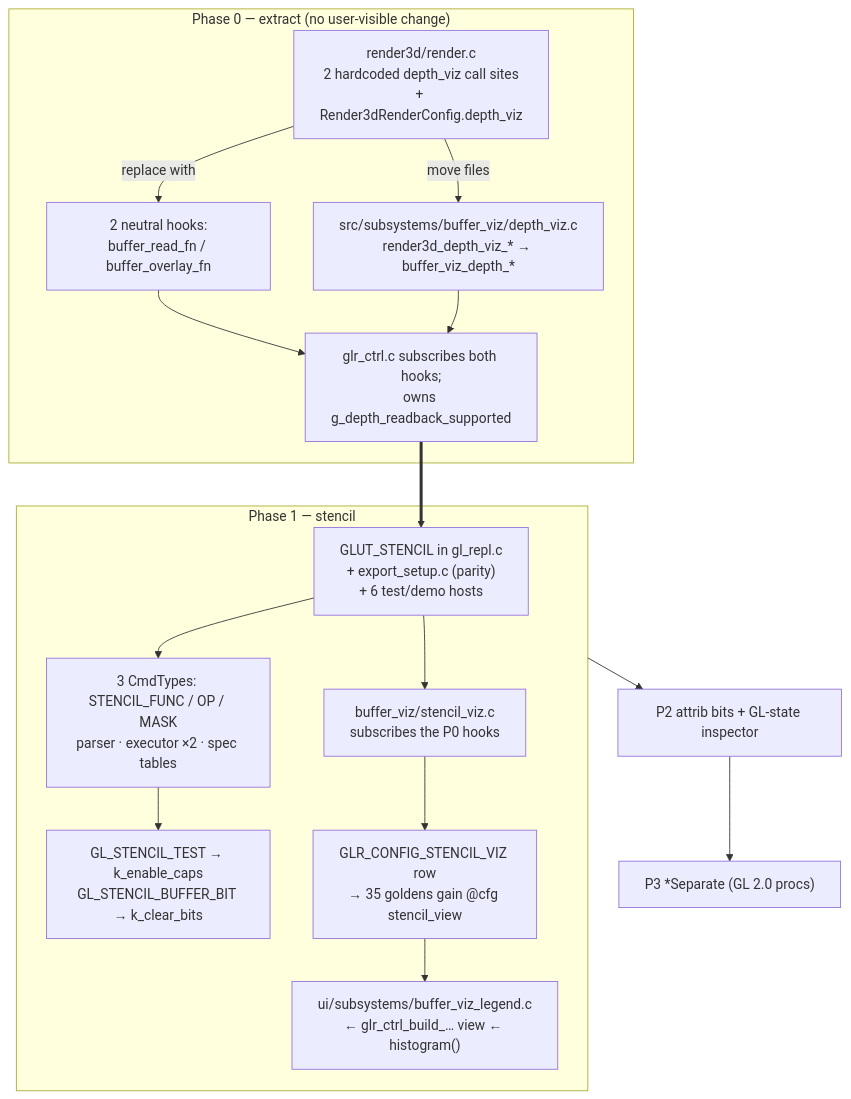
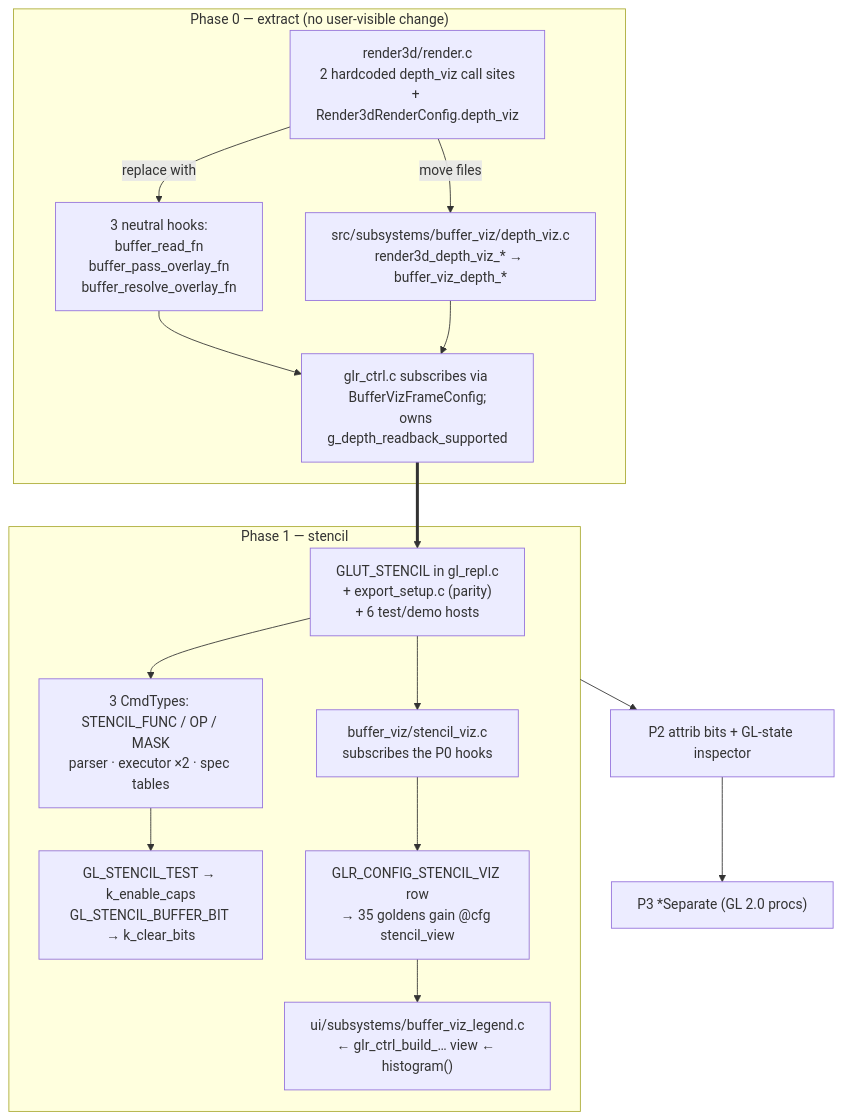
The diagram in docs/plans/active/stencil-buffer-support.md (drewwoods/gl-repl), drawn with Mermaid before and after one commit. The commit also changed other lines of this file, not shown here.

````diff
--- a/docs/plans/active/stencil-buffer-support.md
+++ b/docs/plans/active/stencil-buffer-support.md
@@ -59,22 +75,22 @@
 ```mermaid
 graph TD
     subgraph P0["Phase 0 — extract (no user-visible change)"]
         A["render3d/render.c<br/>2 hardcoded depth_viz call sites<br/>+ Render3dRenderConfig.depth_viz"]
-        A -->|replace with| B["2 neutral hooks:<br/>buffer_read_fn / buffer_overlay_fn"]
+        A -->|replace with| B["3 neutral hooks:<br/>buffer_read_fn<br/>buffer_pass_overlay_fn<br/>buffer_resolve_overlay_fn"]
         A -->|move files| C["src/subsystems/buffer_viz/depth_viz.c<br/>render3d_depth_viz_* → buffer_viz_depth_*"]
-        B --> D["glr_ctrl.c subscribes both hooks;<br/>owns g_depth_readback_supported"]
+        B --> D["glr_ctrl.c subscribes via BufferVizFrameConfig;<br/>owns g_depth_readback_supported"]
         C --> D
     end
     subgraph P1["Phase 1 — stencil"]
         E["GLUT_STENCIL in gl_repl.c<br/>+ export_setup.c (parity)<br/>+ 6 test/demo hosts"]
         F["3 CmdTypes: STENCIL_FUNC / OP / MASK<br/>parser · executor ×2 · spec tables"]
         G["GL_STENCIL_TEST → k_enable_caps<br/>GL_STENCIL_BUFFER_BIT → k_clear_bits"]
         H["buffer_viz/stencil_viz.c<br/>subscribes the P0 hooks"]
         I["GLR_CONFIG_STENCIL_VIZ row<br/>→ 35 goldens gain @cfg stencil_view"]
         J["ui/subsystems/buffer_viz_legend.c<br/>← glr_ctrl_build_… view ← histogram()"]
     end
     D ==> E
     E --> F --> G
     E --> H --> I --> J
     P1 --> K["P2 attrib bits + GL-state inspector"] --> L["P3 *Separate (GL 2.0 procs)"]
 ```
````
